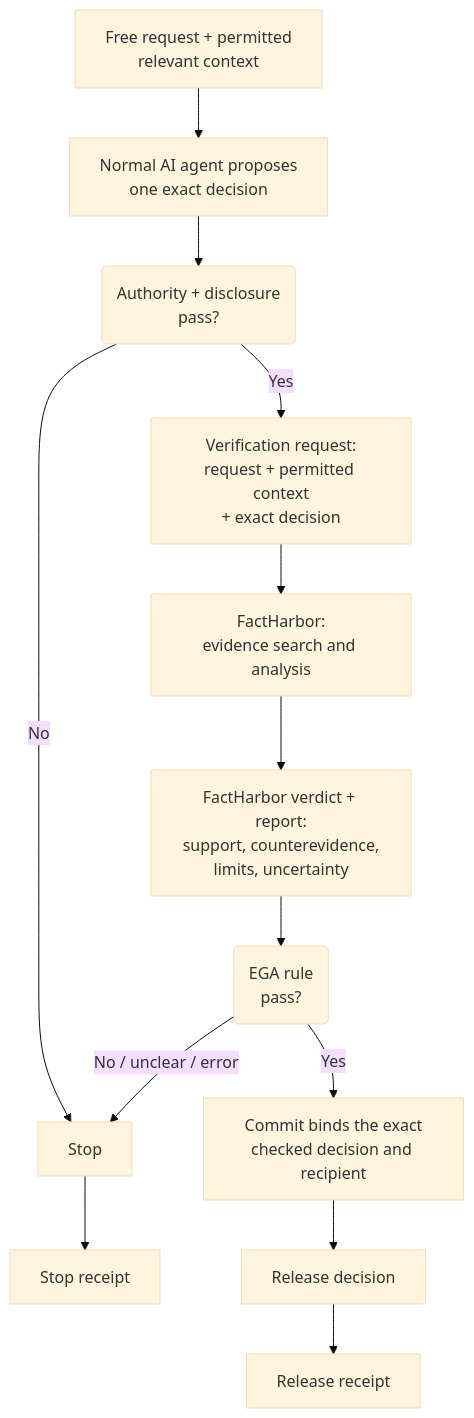
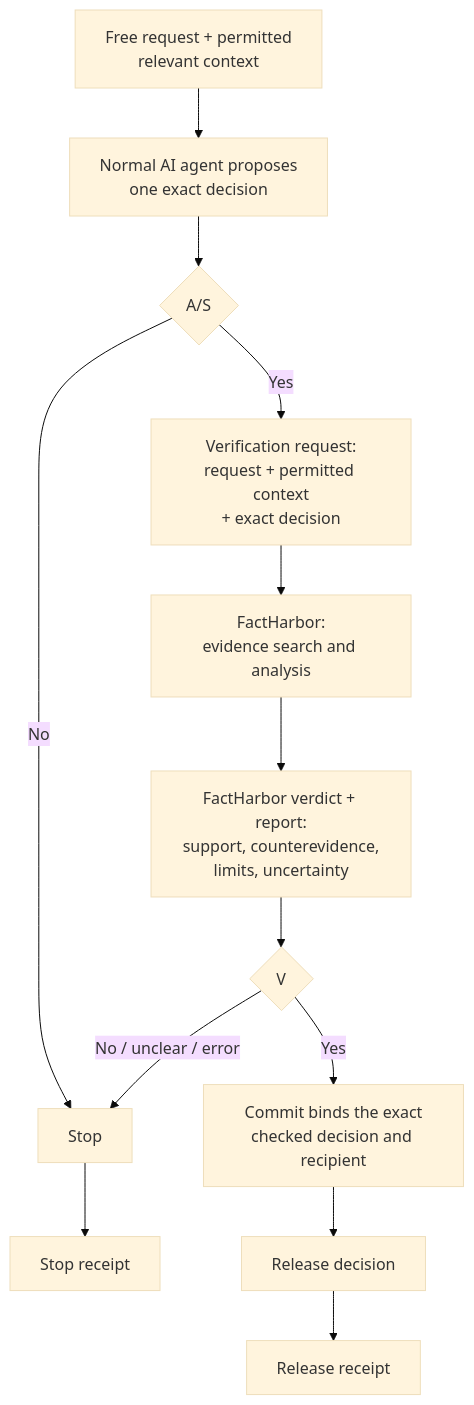
The second of 2 diagrams in docs/Assurance/Concepts/evidence-gated-agents.md (robertschaub/our-ai-charter), drawn with Mermaid (base theme) before and after one commit. The commit also changed other lines of this file, not shown here.

Commit message:
docs(ega): use compact keyed decision diamonds

````diff
--- a/docs/Assurance/Concepts/evidence-gated-agents.md
+++ b/docs/Assurance/Concepts/evidence-gated-agents.md
@@ -100,15 +104,15 @@
 ```mermaid
 flowchart TD
     U["Free request + permitted<br/>relevant context"] --> A["Normal AI agent proposes<br/>one exact decision"]
-    A --> G("Authority + disclosure<br/>pass?")
+    A --> G{"A/S"}
     G -->|No| N["Stop"]
     G -->|Yes| Q["Verification request:<br/>request + permitted context<br/>+ exact decision"]
     Q --> F["FactHarbor:<br/>evidence search and analysis"]
     F --> FR["FactHarbor verdict + report:<br/>support, counterevidence,<br/>limits, uncertainty"]
-    FR --> R("EGA rule<br/>pass?")
+    FR --> R{"V"}
     R -->|No / unclear / error| N
     R -->|Yes| C["Commit binds the exact<br/>checked decision and recipient"]
     C --> O["Release decision"]
     O --> RR["Release receipt"]
     N --> NR["Stop receipt"]
 ```
````
